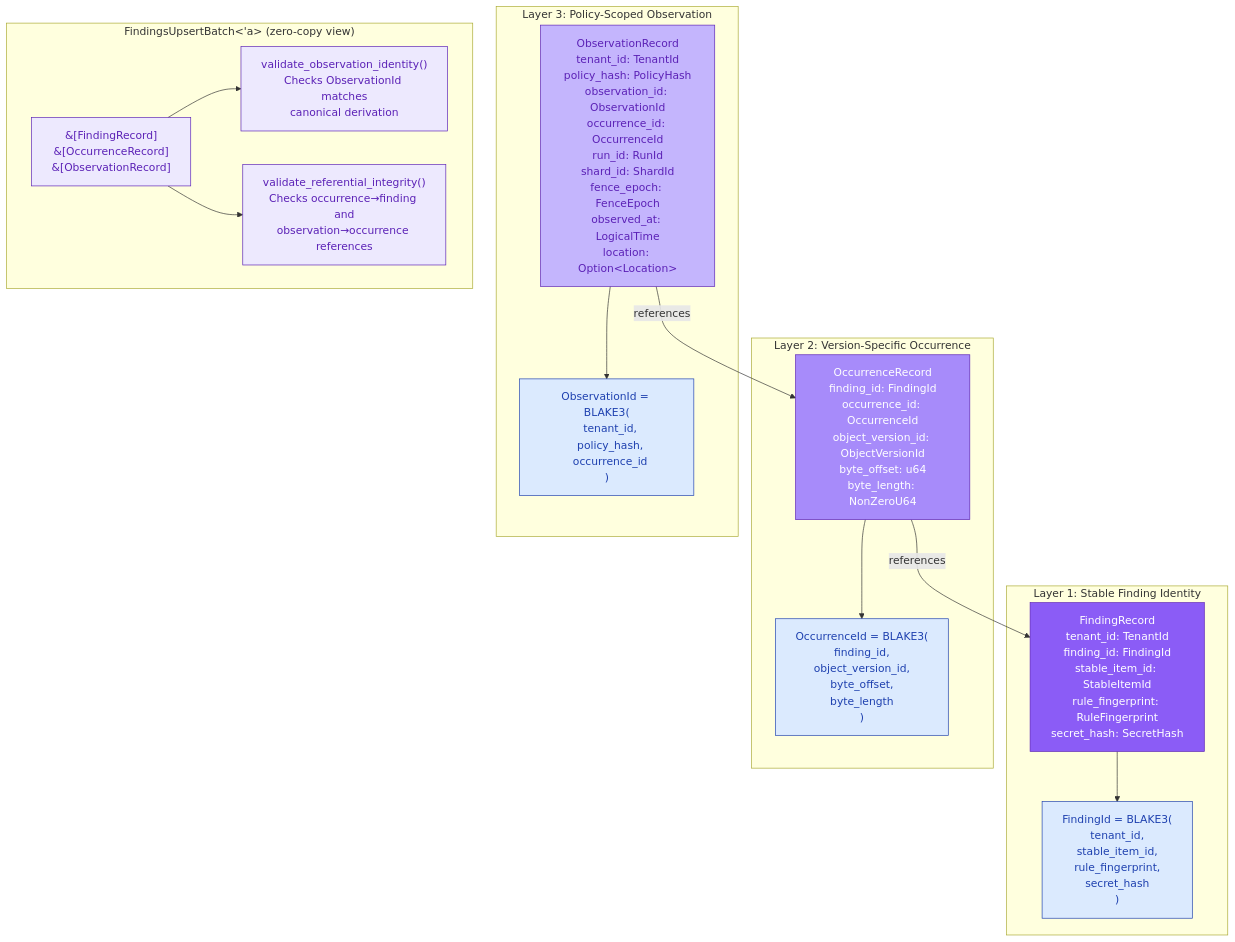
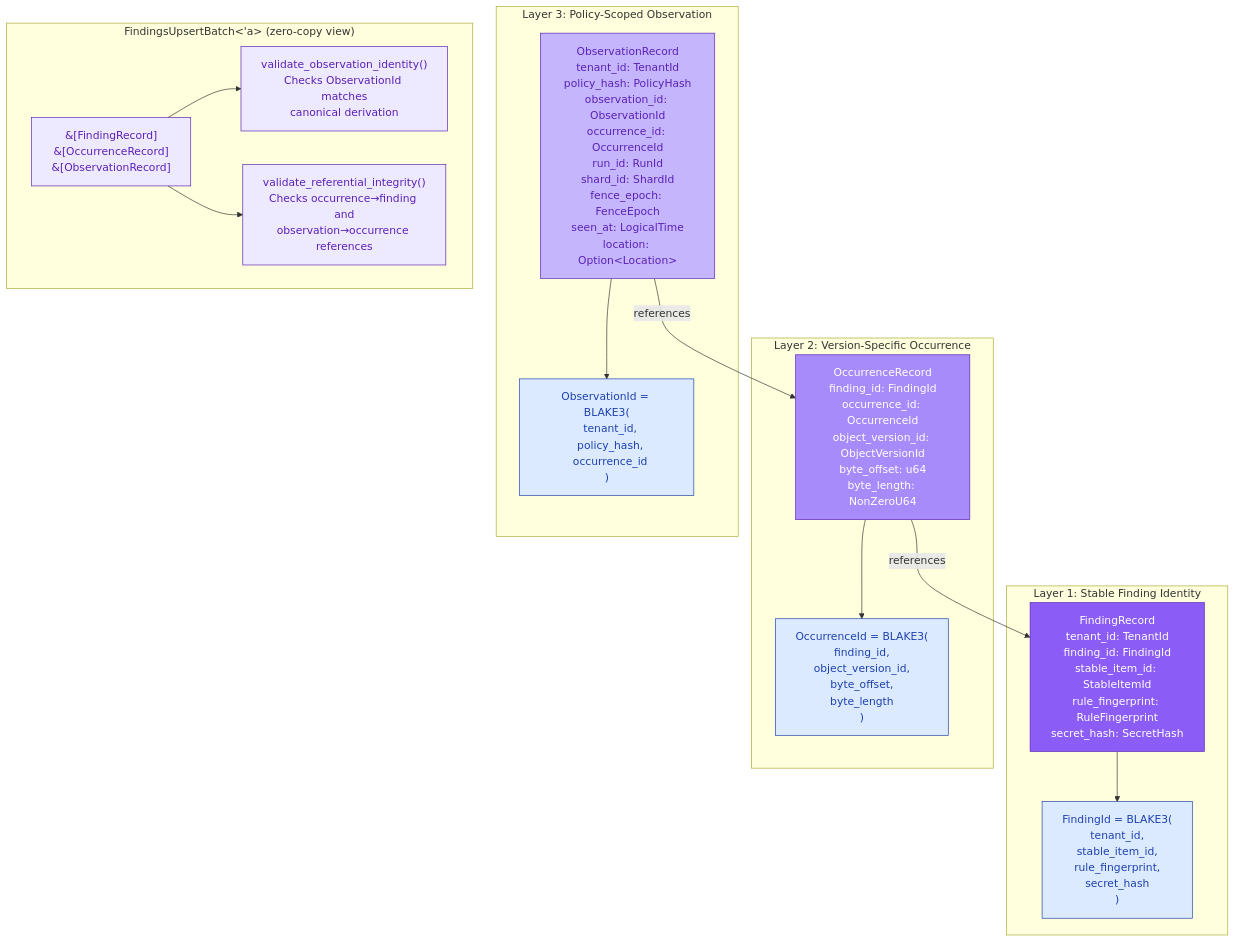
One commit to ahrav/Gossip-rs changed the second of 6 diagrams in diagrams/19-persistence-contracts.md. Above: the diagram before and after it, drawn with Mermaid. The commit also changed other lines of this file and 10 other files, not shown here.

First line of the commit message:
Remove line numbers from diagram code reference tables

````diff
--- a/diagrams/19-persistence-contracts.md
+++ b/diagrams/19-persistence-contracts.md
@@ -146,46 +146,46 @@
 ```mermaid
 %% Diagram: three-layer-findings-model
 graph TB
     subgraph layer1 ["Layer 1: Stable Finding Identity"]
         FR["FindingRecord<br/>tenant_id: TenantId<br/>finding_id: FindingId<br/>stable_item_id: StableItemId<br/>rule_fingerprint: RuleFingerprint<br/>secret_hash: SecretHash"]
         FID["FindingId = BLAKE3(<br/>  tenant_id,<br/>  stable_item_id,<br/>  rule_fingerprint,<br/>  secret_hash<br/>)"]
     end
 
     subgraph layer2 ["Layer 2: Version-Specific Occurrence"]
         OR["OccurrenceRecord<br/>finding_id: FindingId<br/>occurrence_id: OccurrenceId<br/>object_version_id: ObjectVersionId<br/>byte_offset: u64<br/>byte_length: NonZeroU64"]
         OID["OccurrenceId = BLAKE3(<br/>  finding_id,<br/>  object_version_id,<br/>  byte_offset,<br/>  byte_length<br/>)"]
     end
 
     subgraph layer3 ["Layer 3: Policy-Scoped Observation"]
-        OBS["ObservationRecord<br/>tenant_id: TenantId<br/>policy_hash: PolicyHash<br/>observation_id: ObservationId<br/>occurrence_id: OccurrenceId<br/>run_id: RunId<br/>shard_id: ShardId<br/>fence_epoch: FenceEpoch<br/>observed_at: LogicalTime<br/>location: Option&lt;Location&gt;"]
+        OBS["ObservationRecord<br/>tenant_id: TenantId<br/>policy_hash: PolicyHash<br/>observation_id: ObservationId<br/>occurrence_id: OccurrenceId<br/>run_id: RunId<br/>shard_id: ShardId<br/>fence_epoch: FenceEpoch<br/>seen_at: LogicalTime<br/>location: Option&lt;Location&gt;"]
         OBSID["ObservationId = BLAKE3(<br/>  tenant_id,<br/>  policy_hash,<br/>  occurrence_id<br/>)"]
     end
 
     subgraph batch ["FindingsUpsertBatch&lt;'a&gt; (zero-copy view)"]
         BATCH["&amp;[FindingRecord]<br/>&amp;[OccurrenceRecord]<br/>&amp;[ObservationRecord]"]
         VAL_OBS["validate_observation_identity()<br/>Checks ObservationId matches<br/>canonical derivation"]
         VAL_REF["validate_referential_integrity()<br/>Checks occurrence→finding and<br/>observation→occurrence references"]
     end
 
     FR --> FID
     OR --> OID
     OBS --> OBSID
 
     OR -->|"references"| FR
     OBS -->|"references"| OR
 
     BATCH --> VAL_OBS
     BATCH --> VAL_REF
 
     style FR fill:#8B5CF6,stroke:#5B21B6,color:#FFF
     style OR fill:#A78BFA,stroke:#5B21B6,color:#FFF
     style OBS fill:#C4B5FD,stroke:#5B21B6,color:#5B21B6
 
     style FID fill:#DBEAFE,stroke:#1E40AF,color:#1E40AF
     style OID fill:#DBEAFE,stroke:#1E40AF,color:#1E40AF
     style OBSID fill:#DBEAFE,stroke:#1E40AF,color:#1E40AF
 
     style BATCH fill:#EDE9FE,stroke:#5B21B6,color:#5B21B6
     style VAL_OBS fill:#EDE9FE,stroke:#5B21B6,color:#5B21B6
     style VAL_REF fill:#EDE9FE,stroke:#5B21B6,color:#5B21B6
 ```
````
